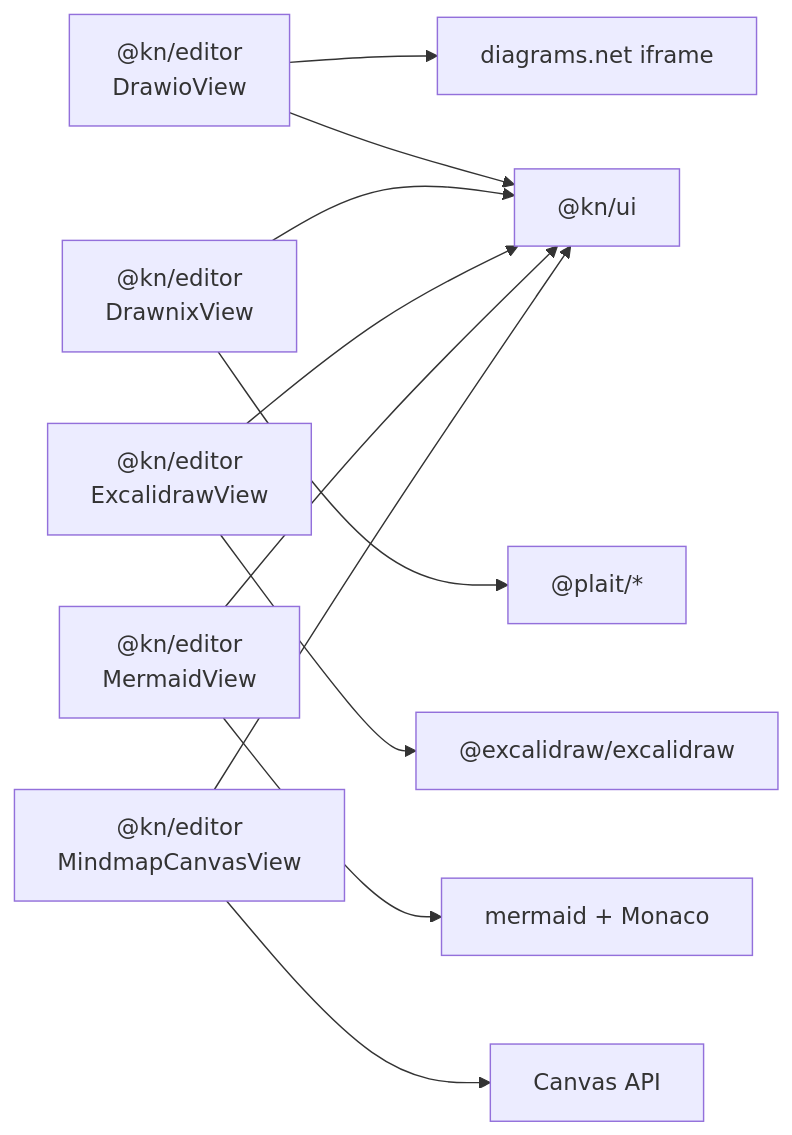
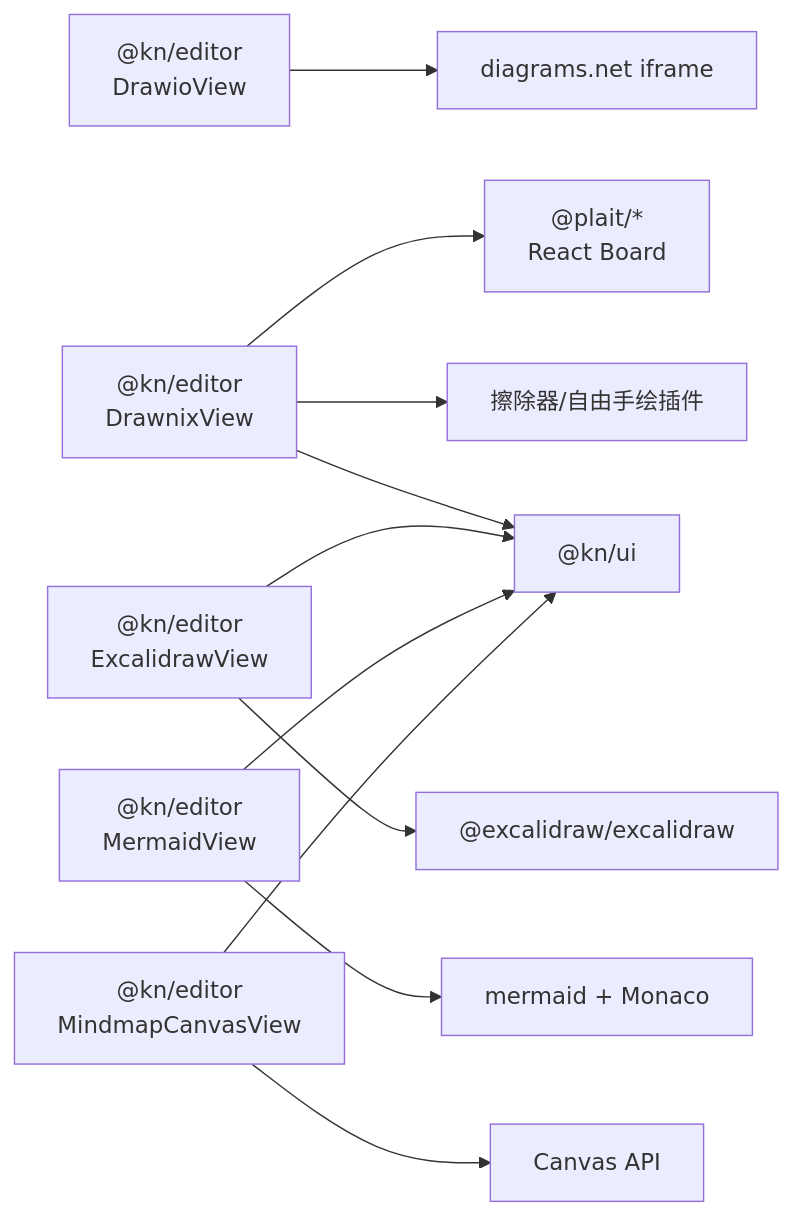
Before and after one commit to LRF0422/Kotion: the fourth of 4 diagrams in .qoder/repowiki/zh/content/功能模块/绘图插件/绘图插件.md, drawn with Mermaid. The commit also changed other lines of this file and 34 other files, not shown here.

````diff
--- a/.qoder/repowiki/zh/content/功能模块/绘图插件/绘图插件.md
+++ b/.qoder/repowiki/zh/content/功能模块/绘图插件/绘图插件.md
@@ -361,13 +287,13 @@
 ```mermaid
 graph LR
 Drawio["@kn/editor<br/>DrawioView"] --> Diag["diagrams.net iframe"]
-Drawnix["@kn/editor<br/>DrawnixView"] --> Plait["@plait/*"]
+Drawnix["@kn/editor<br/>DrawnixView"] --> Plait["@plait/*<br/>React Board"]
+Drawnix --> Plugins["擦除器/自由手绘插件"]
 Excal["@kn/editor<br/>ExcalidrawView"] --> Exc["@excalidraw/excalidraw"]
 Mermaid["@kn/editor<br/>MermaidView"] --> MMD["mermaid + Monaco"]
 Mindmap["@kn/editor<br/>MindmapCanvasView"] --> Canvas["Canvas API"]
-Drawio --> UI["@kn/ui"]
-Drawnix --> UI
+Drawnix --> UI["@kn/ui"]
 Excal --> UI
 Mermaid --> UI
 Mindmap --> UI
 ```
````
